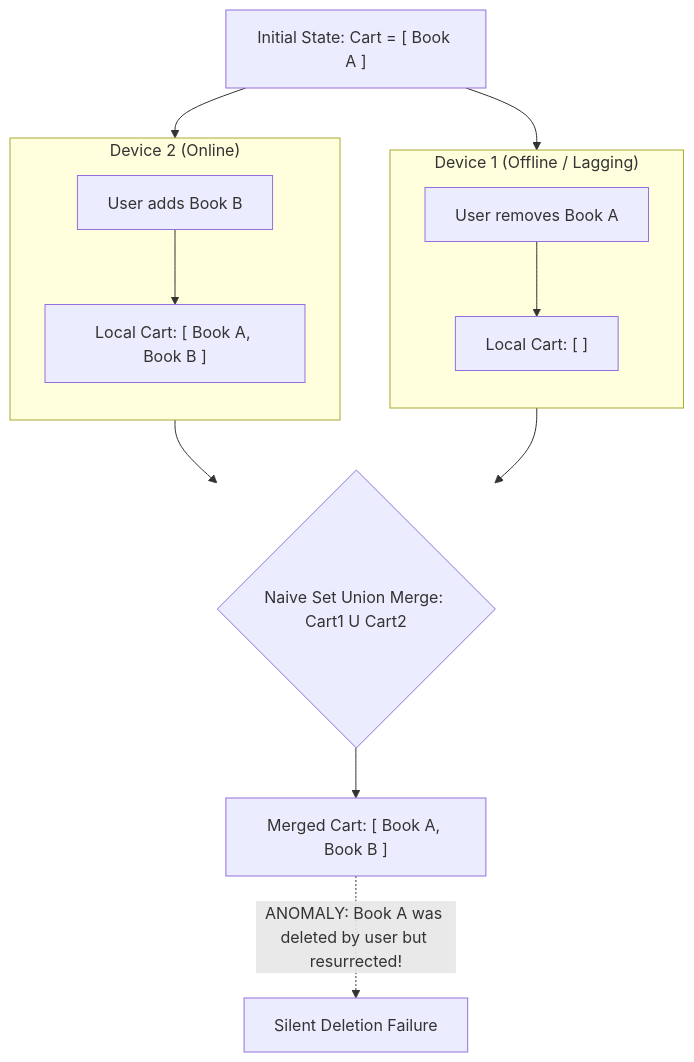
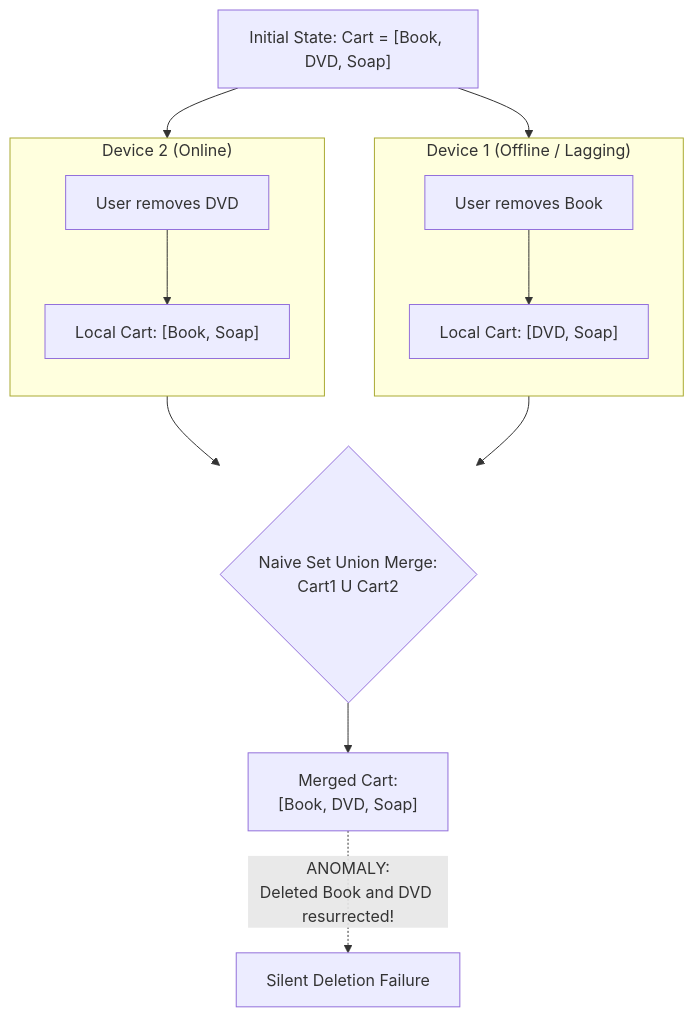
Before and after one commit to 1mimhe/books-summery: the tenth of 16 diagrams in 01 Designing Data-Intensive Applications/chapter-06-replication.md, drawn with Mermaid. The commit also changed other lines of this file and 1 other file, not shown here.

Commit message:
docs(book01): forensic rewrite ch06-07 (16 replication figs, hot-spots, global indexes)

````diff
--- a/01 Designing Data-Intensive Applications/chapter-06-replication.md
+++ b/01 Designing Data-Intensive Applications/chapter-06-replication.md
@@ -488,23 +447,23 @@
 ```mermaid
 flowchart TD
-  INIT["Initial State: Cart = [ Book A ]"]
+  INIT["Initial State: Cart = [Book, DVD, Soap]"]
   
   subgraph D1["Device 1 (Offline / Lagging)"]
     direction TB
-    OP1["User removes Book A"] --> STATE1["Local Cart: [ ]"]
+    OP1["User removes Book"] --> STATE1["Local Cart: [DVD, Soap]"]
   end
 
   subgraph D2["Device 2 (Online)"]
     direction TB
-    OP2["User adds Book B"] --> STATE2["Local Cart: [ Book A, Book B ]"]
+    OP2["User removes DVD"] --> STATE2["Local Cart: [Book, Soap]"]
   end
 
   INIT --> D1
   INIT --> D2
 
-  STATE1 --> MERGE{"Naive Set Union Merge: Cart1 U Cart2"}
+  STATE1 --> MERGE{"Naive Set Union Merge:<br/>Cart1 U Cart2"}
   STATE2 --> MERGE
 
-  MERGE --> RESULT["Merged Cart: [ Book A, Book B ]"]
-  RESULT -.->|"ANOMALY: Book A was deleted by user but resurrected!"| BUG["Silent Deletion Failure"]
+  MERGE --> RESULT["Merged Cart:<br/>[Book, DVD, Soap]"]
+  RESULT -.->|"ANOMALY:<br/>Deleted Book and DVD resurrected!"| BUG["Silent Deletion Failure"]
 ```
````
